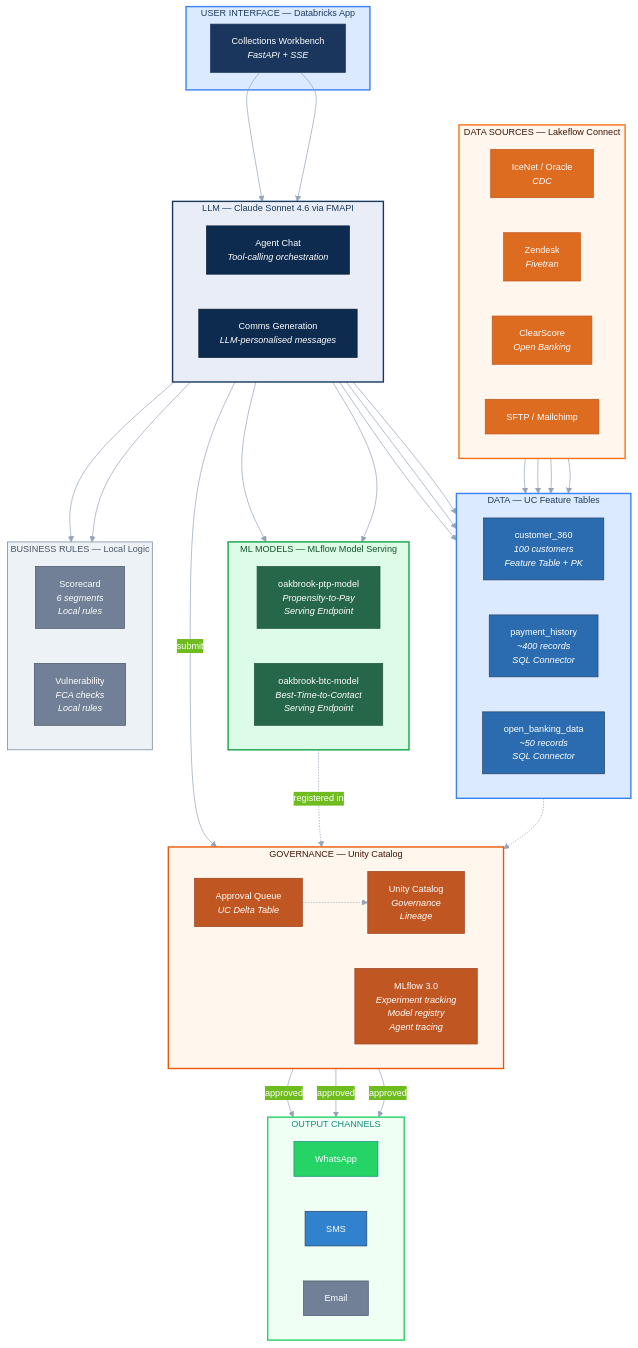
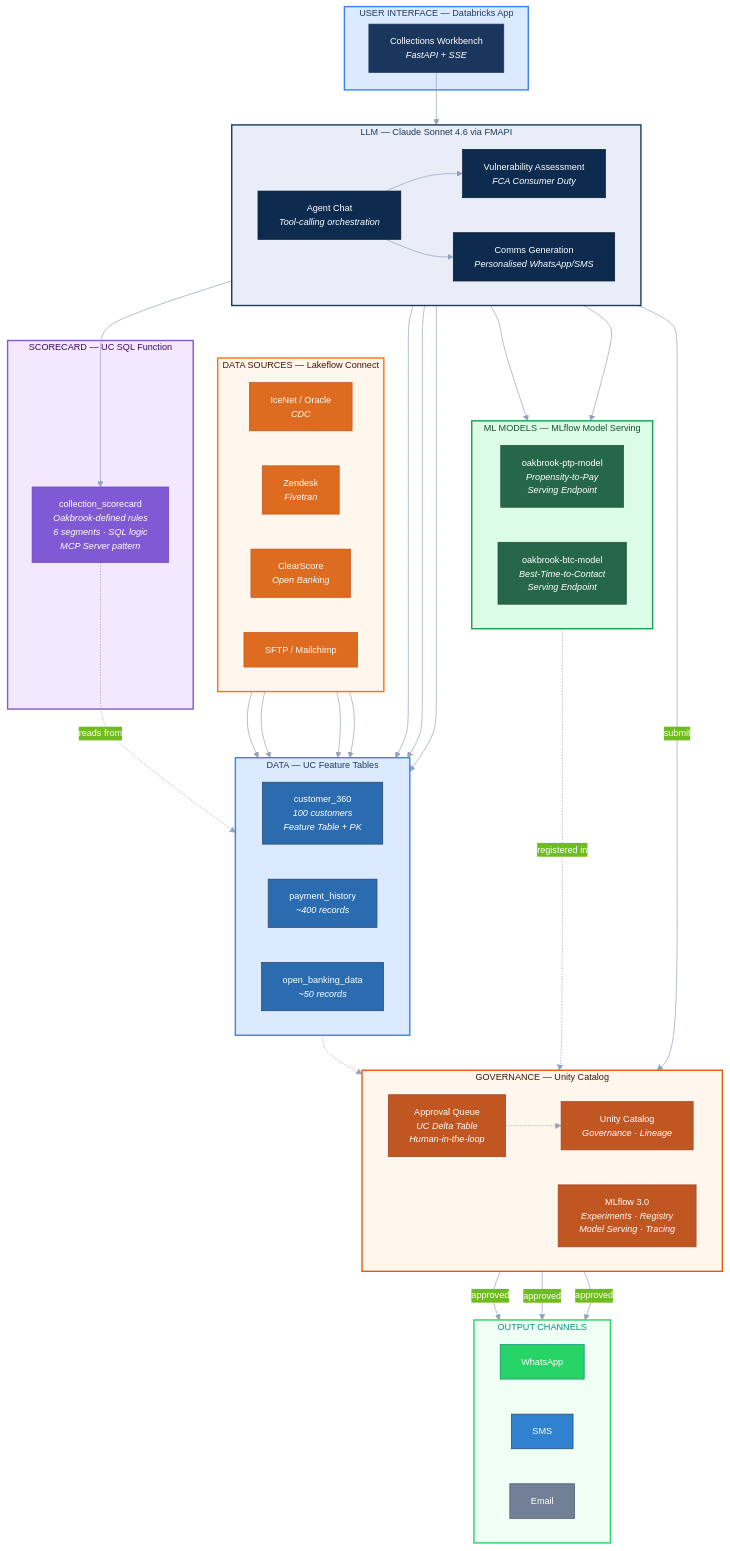
One commit to tingtingwan/oakbrook-collections-brain changed the diagram in docs/oakbrook_architecture.mmd. Above: the diagram before and after it, drawn with Mermaid. The commit also changed 2 other files, not shown here.

Commit message:
UC SQL function for scorecard + LLM vulnerability + updated architecture
Scorecard: calls main.oakbrook_collections.collection_scorecard UC SQL function
  - Oakbrook-defined business rules in SQL (MCP Server pattern)
  - 6 segments with strategy, actions, frequency, escalation
  - Falls back to local rules if UC unavailable

Vulnerability: calls Claude Sonnet via FMAPI
  - LLM analyses full customer profile against FCA Consumer Duty
  - Returns structured JSON with risk level, indicators, approach
  - Falls back to local rules if LLM unavailable

Architecture: now shows all 3 LLM uses (Agent, Comms, Vulnerability)
  + Scorecard as purple "Oakbrook-defined rules" UC SQL function

```diff
--- a/docs/oakbrook_architecture.mmd
+++ b/docs/oakbrook_architecture.mmd
@@ -1,108 +1,109 @@
 %%{init: {
   "theme": "base",
   "themeVariables": {
     "primaryColor": "#1e6fbc",
     "primaryTextColor": "#ffffff",
     "primaryBorderColor": "#1557a0",
     "lineColor": "#94a3b8",
     "background": "#ffffff",
     "mainBkg": "#f8fafc",
     "clusterBkg": "#f8fafc",
     "fontFamily": "Segoe UI, Inter, Arial, sans-serif",
     "fontSize": "13px"
   }
 }}%%
 flowchart TB
 
     subgraph L1["USER INTERFACE — Databricks App"]
         APP["Collections Workbench<br/><i>FastAPI + SSE</i>"]
     end
 
     subgraph L2["LLM — Claude Sonnet 4.6 via FMAPI"]
         direction LR
         AGENT["Agent Chat<br/><i>Tool-calling orchestration</i>"]
-        COMMS["Comms Generation<br/><i>LLM-personalised messages</i>"]
+        COMMS["Comms Generation<br/><i>Personalised WhatsApp/SMS</i>"]
+        VULN["Vulnerability Assessment<br/><i>FCA Consumer Duty</i>"]
     end
 
     subgraph L3["ML MODELS — MLflow Model Serving"]
         direction LR
         PTP["oakbrook-ptp-model<br/><i>Propensity-to-Pay<br/>Serving Endpoint</i>"]
         BTC["oakbrook-btc-model<br/><i>Best-Time-to-Contact<br/>Serving Endpoint</i>"]
     end
 
     subgraph L4["DATA — UC Feature Tables"]
         direction LR
         C360["customer_360<br/><i>100 customers<br/>Feature Table + PK</i>"]
-        PAY["payment_history<br/><i>~400 records<br/>SQL Connector</i>"]
-        OB["open_banking_data<br/><i>~50 records<br/>SQL Connector</i>"]
+        PAY["payment_history<br/><i>~400 records</i>"]
+        OB["open_banking_data<br/><i>~50 records</i>"]
     end
 
-    subgraph L5["BUSINESS RULES — Local Logic"]
-        direction LR
-        SC["Scorecard<br/><i>6 segments<br/>Local rules</i>"]
-        VUL["Vulnerability<br/><i>FCA checks<br/>Local rules</i>"]
+    subgraph L5["SCORECARD — UC SQL Function"]
+        SC["collection_scorecard<br/><i>Oakbrook-defined rules<br/>6 segments · SQL logic<br/>MCP Server pattern</i>"]
     end
 
     subgraph L6["GOVERNANCE — Unity Catalog"]
         direction LR
-        APQ["Approval Queue<br/><i>UC Delta Table</i>"]
-        MLF["MLflow 3.0<br/><i>Experiment tracking<br/>Model registry<br/>Agent tracing</i>"]
-        UC["Unity Catalog<br/><i>Governance<br/>Lineage</i>"]
+        APQ["Approval Queue<br/><i>UC Delta Table<br/>Human-in-the-loop</i>"]
+        MLF["MLflow 3.0<br/><i>Experiments · Registry<br/>Model Serving · Tracing</i>"]
+        UC["Unity Catalog<br/><i>Governance · Lineage</i>"]
     end
 
     subgraph L7["OUTPUT CHANNELS"]
         direction LR
         WA["WhatsApp"]
         SMS2["SMS"]
         EMAIL["Email"]
     end
 
     subgraph L8["DATA SOURCES — Lakeflow Connect"]
         direction LR
         ICE["IceNet / Oracle<br/><i>CDC</i>"]
         ZEN["Zendesk<br/><i>Fivetran</i>"]
         CS["ClearScore<br/><i>Open Banking</i>"]
         FTP["SFTP / Mailchimp"]
     end
 
-    APP --> AGENT & COMMS
+    APP --> AGENT
     AGENT --> PTP & BTC
     AGENT --> C360 & PAY & OB
-    AGENT --> SC & VUL
+    AGENT --> SC & VULN
+    AGENT --> COMMS
     COMMS -->|"submit"| APQ
     APQ -->|"approved"| WA & SMS2 & EMAIL
     L3 -.->|"registered in"| MLF
     C360 -.-> UC
+    SC -.->|"reads from"| C360
     APQ -.-> UC
     ICE & ZEN & FTP --> C360
     CS --> OB
 
     style APP fill:#1a365d,stroke:#1a365d,color:#fff
     style AGENT fill:#0d2b4e,stroke:#07192e,color:#fff
     style COMMS fill:#0d2b4e,stroke:#07192e,color:#fff
+    style VULN fill:#0d2b4e,stroke:#07192e,color:#fff
     style PTP fill:#276749,stroke:#22543d,color:#fff
     style BTC fill:#276749,stroke:#22543d,color:#fff
     style C360 fill:#2b6cb0,stroke:#2a4365,color:#fff
     style PAY fill:#2b6cb0,stroke:#2a4365,color:#fff
     style OB fill:#2b6cb0,stroke:#2a4365,color:#fff
-    style SC fill:#718096,stroke:#4a5568,color:#fff
-    style VUL fill:#718096,stroke:#4a5568,color:#fff
+    style SC fill:#805ad5,stroke:#6b46c1,color:#fff
     style APQ fill:#c05621,stroke:#9c4221,color:#fff
     style MLF fill:#c05621,stroke:#9c4221,color:#fff
     style UC fill:#c05621,stroke:#9c4221,color:#fff
     style WA fill:#25d366,stroke:#128c7e,color:#fff
     style SMS2 fill:#3182ce,stroke:#2a4365,color:#fff
     style EMAIL fill:#718096,stroke:#4a5568,color:#fff
     style ICE fill:#dd6b20,stroke:#c05621,color:#fff
     style ZEN fill:#dd6b20,stroke:#c05621,color:#fff
     style CS fill:#dd6b20,stroke:#c05621,color:#fff
     style FTP fill:#dd6b20,stroke:#c05621,color:#fff
 
     style L1 fill:#dbeafe,stroke:#3b82f6,stroke-width:2px,color:#1e3a5f
     style L2 fill:#e8edf7,stroke:#1a3a5c,stroke-width:2px,color:#1a3a5c
     style L3 fill:#dcfce7,stroke:#16a34a,stroke-width:2px,color:#14532d
     style L4 fill:#dbeafe,stroke:#3b82f6,stroke-width:2px,color:#1e3a5f
-    style L5 fill:#edf2f7,stroke:#718096,stroke-width:1px,color:#4a5568
+    style L5 fill:#f3e8ff,stroke:#805ad5,stroke-width:2px,color:#3b0764
     style L6 fill:#fff7ed,stroke:#ea580c,stroke-width:2px,color:#431407
     style L7 fill:#f0fff4,stroke:#25d366,stroke-width:2px,color:#128c7e
     style L8 fill:#fff7ed,stroke:#f97316,stroke-width:2px,color:#431407
```
